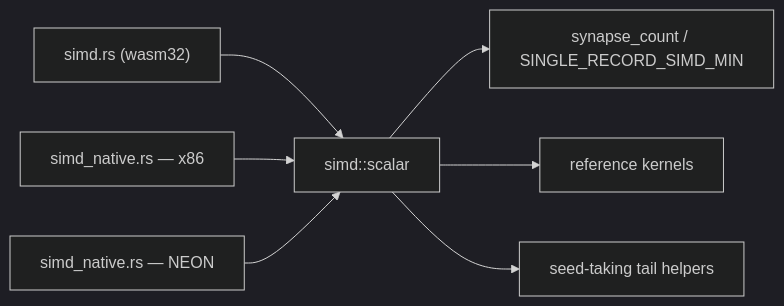
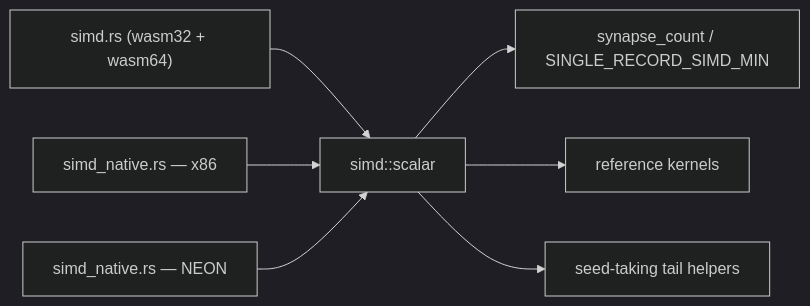
Before and after one commit to stSoftwareAU/NEAT-AI-core: the fourth of 6 diagrams in AGENTS.md, drawn with Mermaid (dark theme). The commit also changed other lines of this file and 3 other files, not shown here.

````diff
--- a/AGENTS.md
+++ b/AGENTS.md
@@ -400,9 +400,9 @@
 ```mermaid
 flowchart LR
-    W["simd.rs (wasm32)"] --> S["simd::scalar"]
+    W["simd.rs (wasm32 + wasm64)"] --> S["simd::scalar"]
     N["simd_native.rs — x86"] --> S
     A["simd_native.rs — NEON"] --> S
     S --> G["synapse_count / SINGLE_RECORD_SIMD_MIN"]
     S --> R["reference kernels"]
     S --> T["seed-taking tail helpers"]
 ```
````
